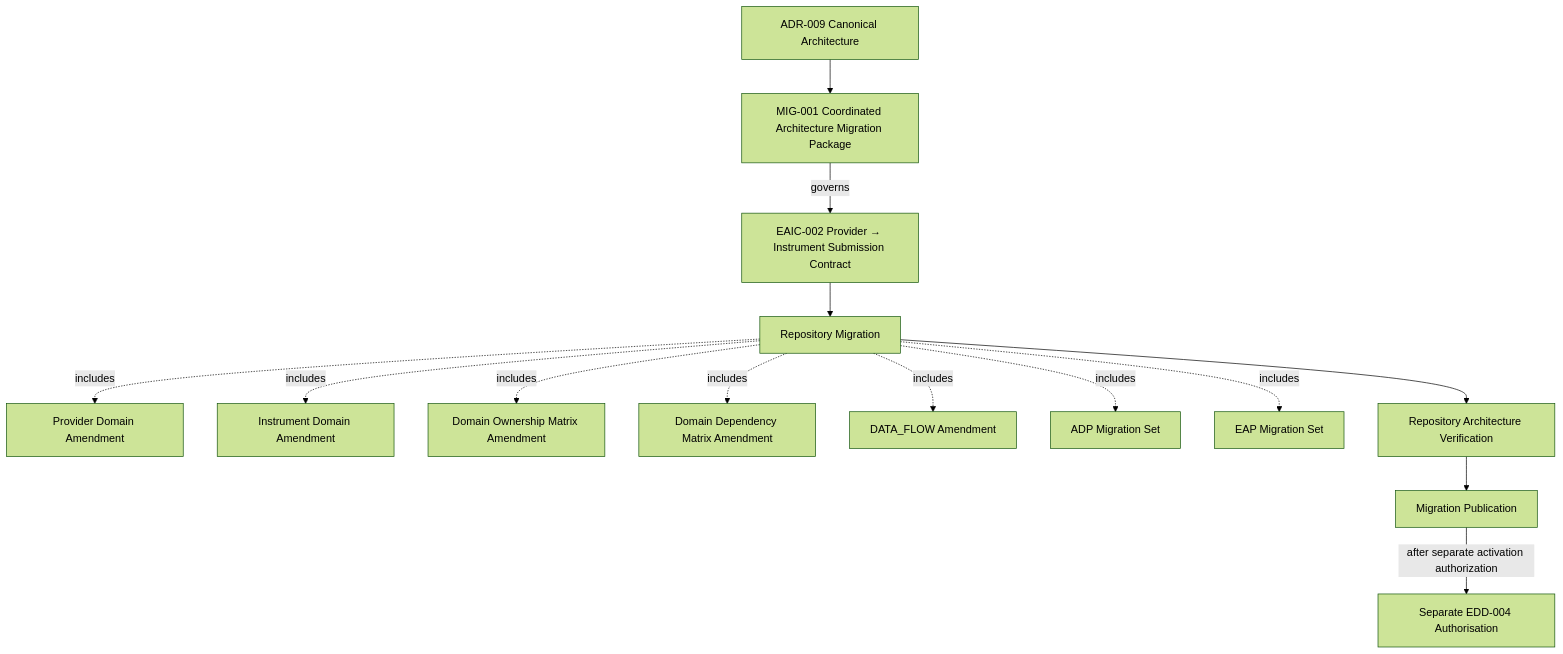
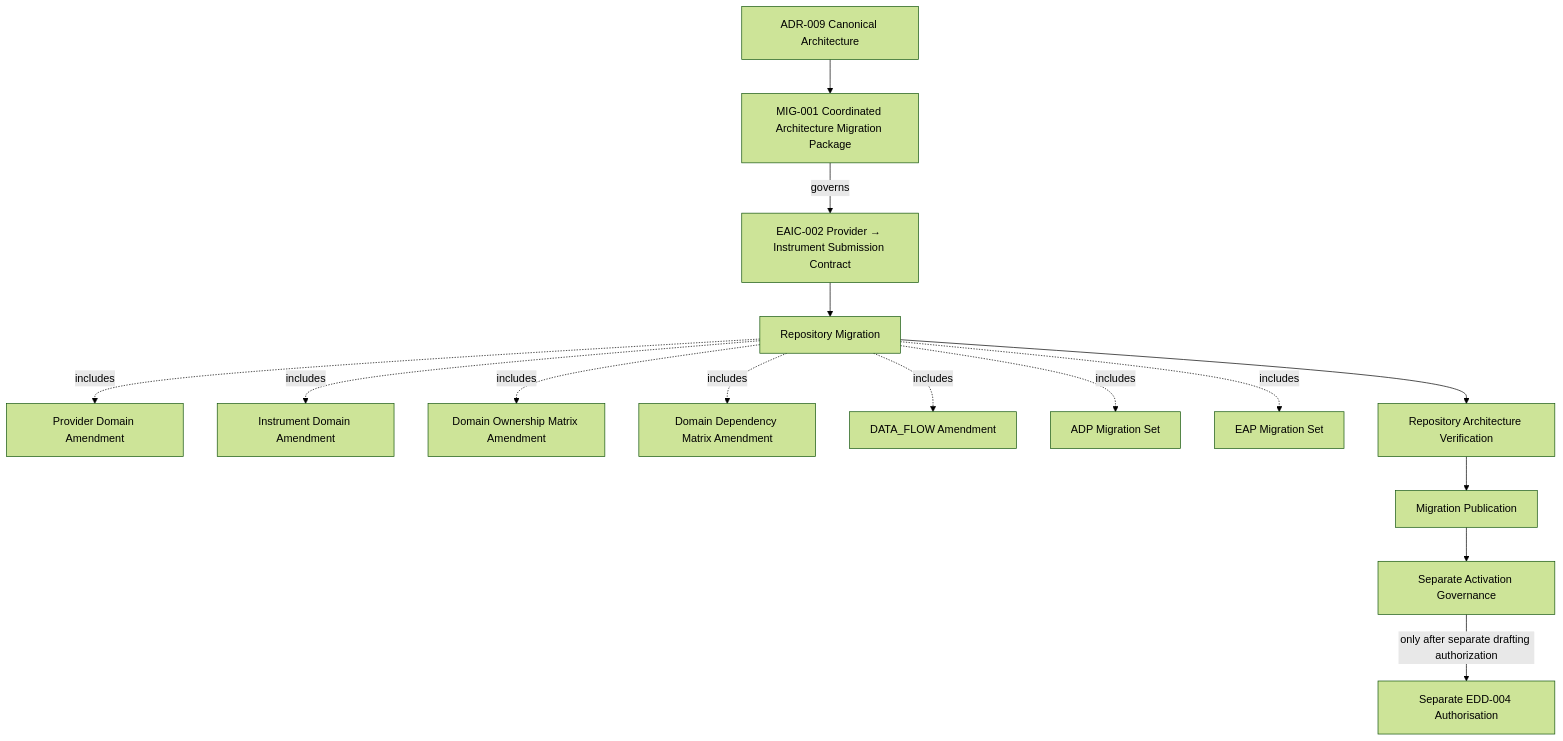
One commit to emiali-jason/Project-Kronos changed the diagram in docs/architecture/migrations/MIG-001-ADR-009-COORDINATED-ARCHITECTURE-MIGRATION-PACKAGE.md. Above: the diagram before and after it, drawn with Mermaid (forest theme). The commit also changed other lines of this file and 18 other files, not shown here.

````diff
--- a/docs/architecture/migrations/MIG-001-ADR-009-COORDINATED-ARCHITECTURE-MIGRATION-PACKAGE.md
+++ b/docs/architecture/migrations/MIG-001-ADR-009-COORDINATED-ARCHITECTURE-MIGRATION-PACKAGE.md
@@ -311,32 +315,34 @@
 ```mermaid
 flowchart TD
     ADR009["ADR-009 Canonical Architecture"]
     MIG001["MIG-001 Coordinated Architecture Migration Package"]
     EAIC002["EAIC-002 Provider → Instrument Submission Contract"]
     MIGRATION["Repository Migration"]
     PROVIDER["Provider Domain Amendment"]
     INSTRUMENT["Instrument Domain Amendment"]
     OWNERSHIP["Domain Ownership Matrix Amendment"]
     DEPENDENCY["Domain Dependency Matrix Amendment"]
     FLOW["DATA_FLOW Amendment"]
     ADPS["ADP Migration Set"]
     EAPS["EAP Migration Set"]
     VERIFY["Repository Architecture Verification"]
     PUBLISH["Migration Publication"]
+    ACTIVATION["Separate Activation Governance"]
     EDD004["Separate EDD-004 Authorisation"]
 
     ADR009 --> MIG001
     MIG001 -->|"governs"| EAIC002
     EAIC002 --> MIGRATION
     MIGRATION --> VERIFY
     VERIFY --> PUBLISH
-    PUBLISH -->|"after separate activation authorization"| EDD004
+    PUBLISH --> ACTIVATION
+    ACTIVATION -->|"only after separate drafting authorization"| EDD004
 
     MIGRATION -.->|"includes"| PROVIDER
     MIGRATION -.->|"includes"| INSTRUMENT
     MIGRATION -.->|"includes"| OWNERSHIP
     MIGRATION -.->|"includes"| DEPENDENCY
     MIGRATION -.->|"includes"| FLOW
     MIGRATION -.->|"includes"| ADPS
     MIGRATION -.->|"includes"| EAPS
 ```
````
